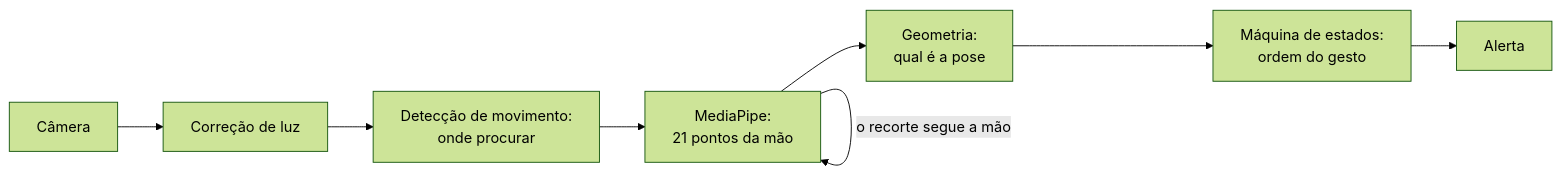
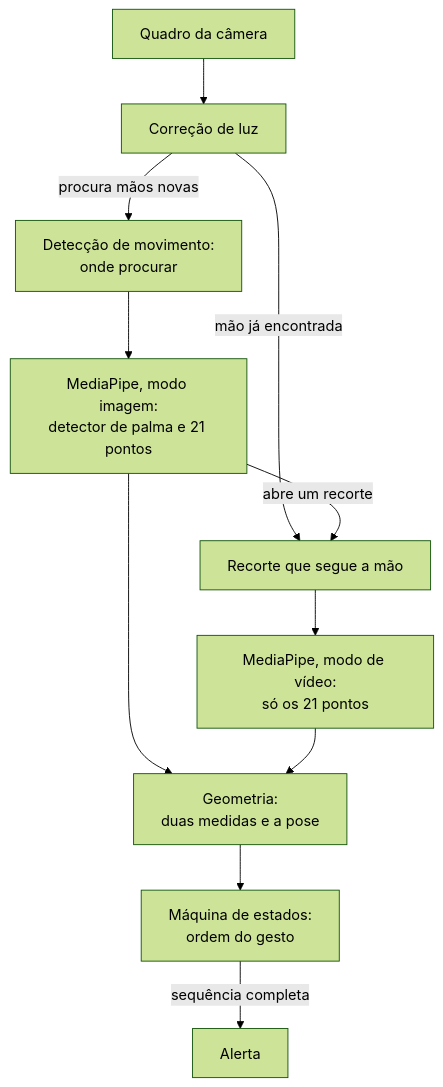
The first of 2 diagrams in README.md (LucasZanotto/identificacao-sinal-de-socorro), drawn with Mermaid (forest theme) before and after one commit. The commit also changed other lines of this file, not shown here.

Commit message:
docs: deixa os diagramas do README legiveis

````diff
--- a/README.md
+++ b/README.md
@@ -107,10 +108,13 @@
 ```mermaid
-flowchart LR
-    A["Câmera"] --> B["Correção de luz"]
-    B --> C["Detecção de movimento:<br>onde procurar"]
-    C --> D["MediaPipe:<br>21 pontos da mão"]
-    D --> E["Geometria:<br>qual é a pose"]
-    E --> F["Máquina de estados:<br>ordem do gesto"]
-    F --> G["Alerta"]
-    D -- o recorte segue a mão --> D
+flowchart TD
+    A["Quadro da câmera"] --> B["Correção de luz"]
+    B -- "procura mãos novas" --> C["Detecção de movimento:<br>onde procurar"]
+    B -- "mão já encontrada" --> D["Recorte que segue a mão"]
+    C --> E["MediaPipe, modo imagem:<br>detector de palma e 21 pontos"]
+    D --> F["MediaPipe, modo de vídeo:<br>só os 21 pontos"]
+    E -- "abre um recorte" --> D
+    E --> G["Geometria:<br>duas medidas e a pose"]
+    F --> G
+    G --> H["Máquina de estados:<br>ordem do gesto"]
+    H -- "sequência completa" --> I["Alerta"]
 ```
````
